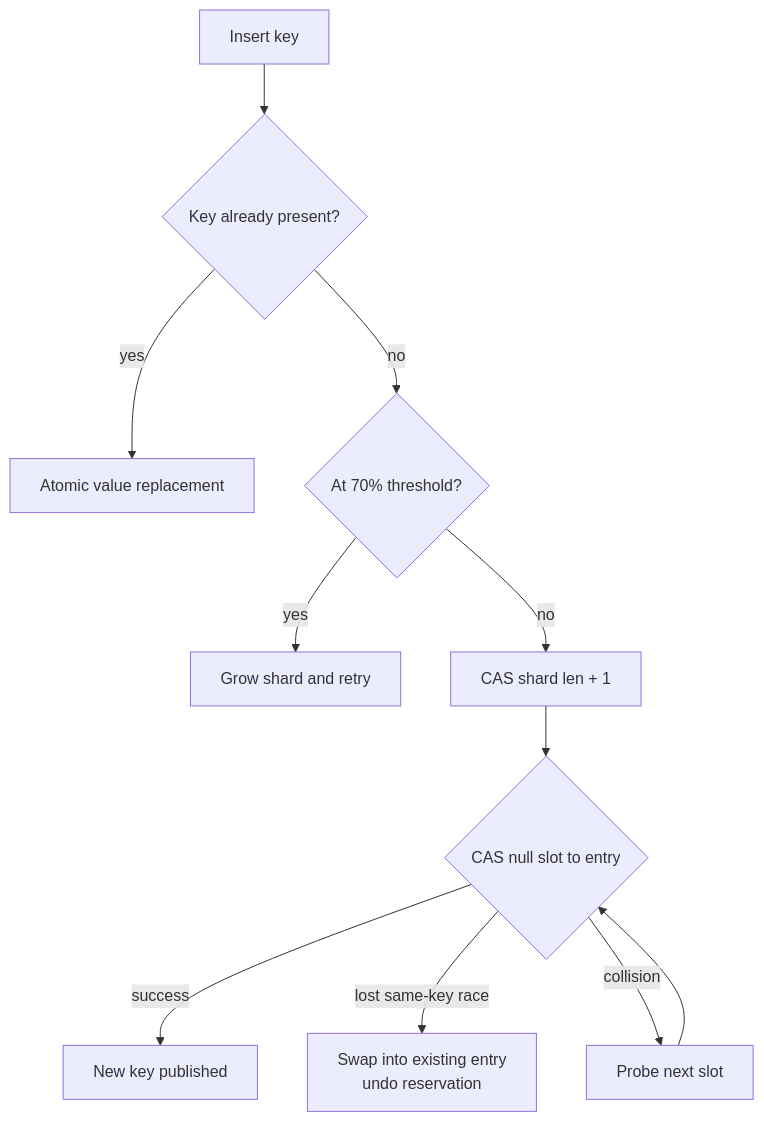
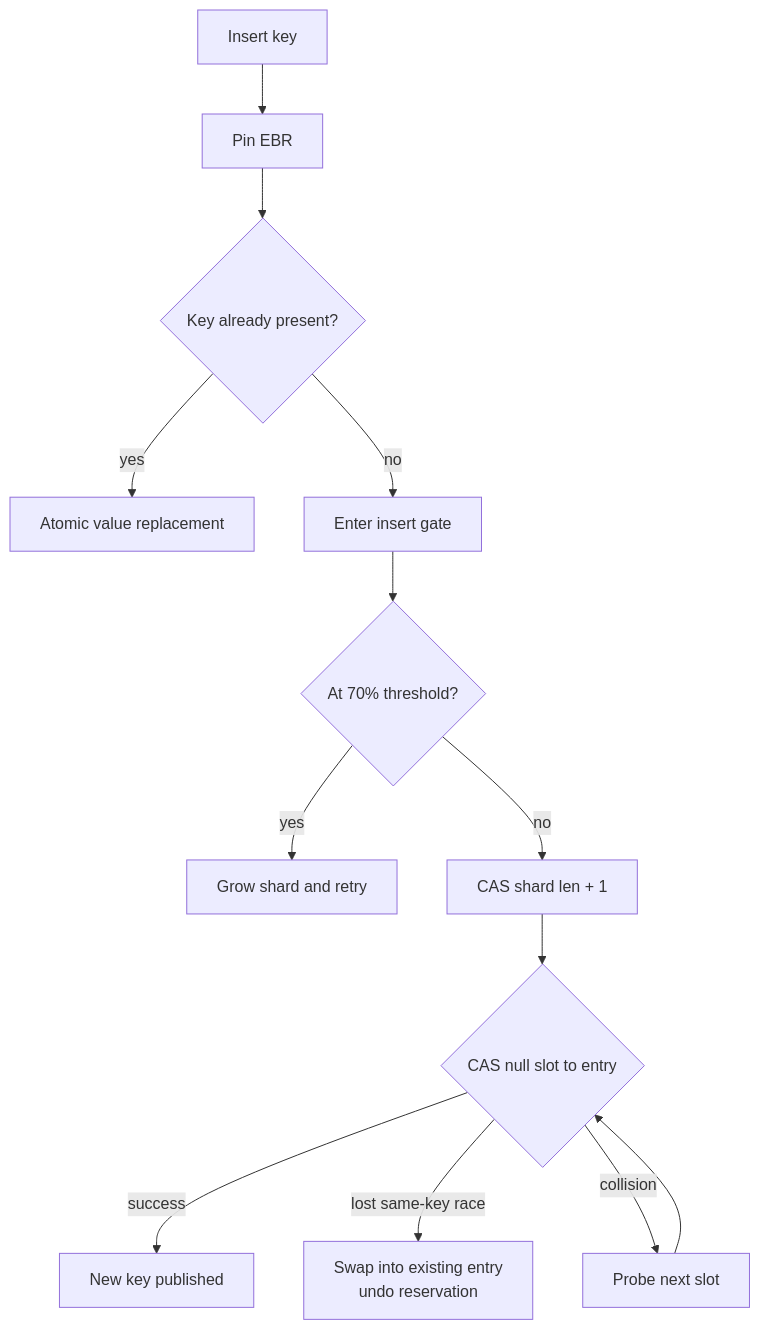
One commit to Rana718/portfolio changed diagram 11 of 14 in src/content/blogs/custom-concurrent-hashmap-rust.mdx. Above: the diagram before and after it, drawn with Mermaid. The commit also changed other lines of this file, not shown here.

````diff
--- a/src/content/blogs/custom-concurrent-hashmap-rust.mdx
+++ b/src/content/blogs/custom-concurrent-hashmap-rust.mdx
@@ -359,13 +367,15 @@
 ```mermaid
 flowchart TD
-    START["Insert key"] --> FIND{"Key already present?"}
+    START["Insert key"] --> PIN["Pin EBR"]
+    PIN --> FIND{"Key already present?"}
     FIND -->|yes| REPLACE["Atomic value replacement"]
-    FIND -->|no| LIMIT{"At 70% threshold?"}
+    FIND -->|no| GATE["Enter insert gate"]
+    GATE --> LIMIT{"At 70% threshold?"}
     LIMIT -->|yes| GROW["Grow shard and retry"]
     LIMIT -->|no| RESERVE["CAS shard len + 1"]
     RESERVE --> CLAIM{"CAS null slot to entry"}
     CLAIM -->|success| DONE["New key published"]
     CLAIM -->|lost same-key race| MERGE["Swap into existing entry<br/>undo reservation"]
     CLAIM -->|collision| PROBE["Probe next slot"]
     PROBE --> CLAIM
 ```
````
